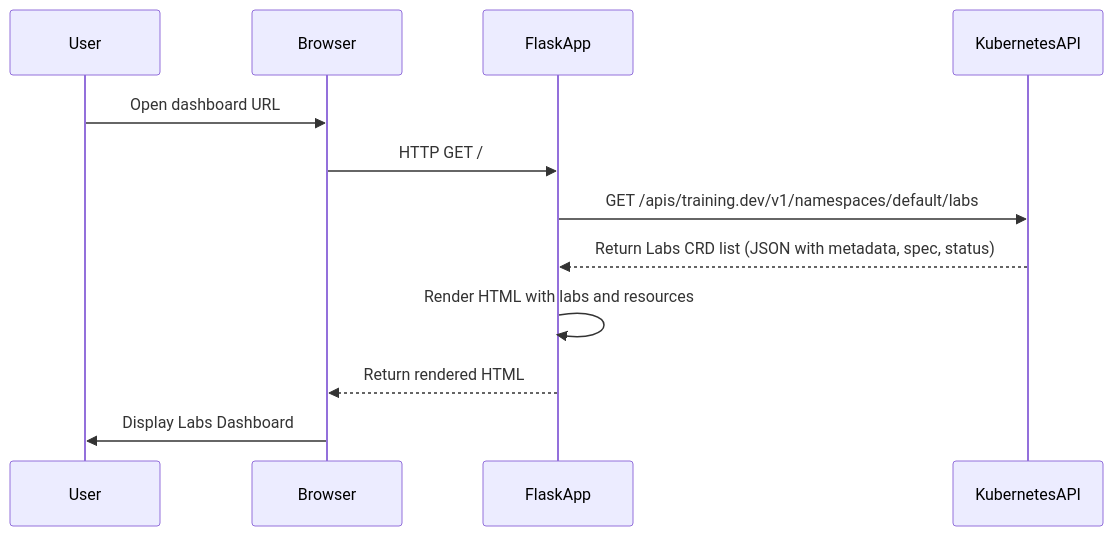
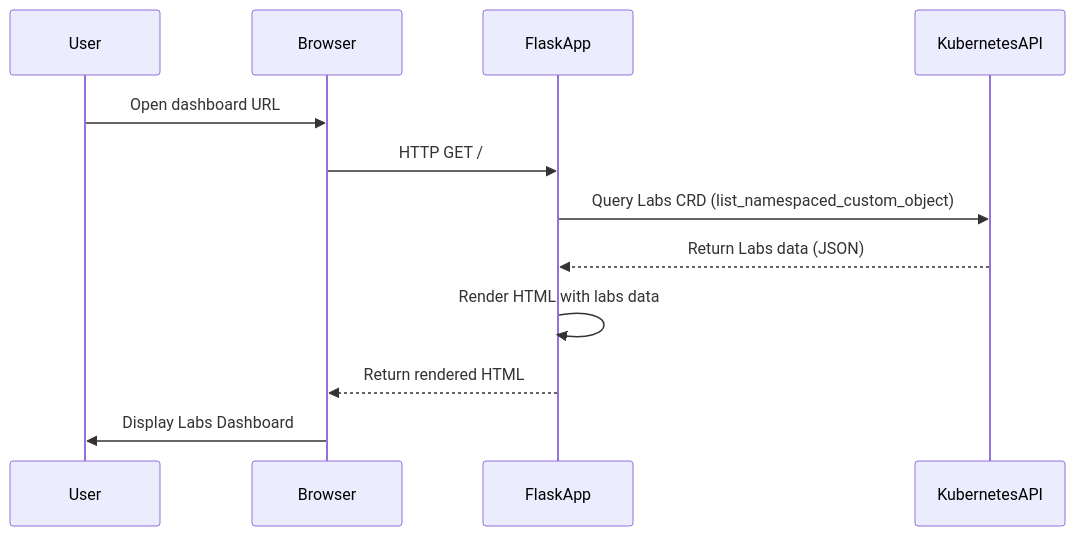
One commit to skvortsovden/kubernetes-labs-dashboard changed the diagram in README.md. Above: the diagram before and after it, drawn with Mermaid. The commit also changed other lines of this file, not shown here.

````diff
--- a/README.md
+++ b/README.md
@@ -7,15 +7,15 @@
 ```mermaid
 sequenceDiagram
     participant User
     participant Browser
     participant FlaskApp
     participant KubernetesAPI
 
     User->>Browser: Open dashboard URL
     Browser->>FlaskApp: HTTP GET /
-    FlaskApp->>KubernetesAPI: GET /apis/training.dev/v1/namespaces/default/labs
-    KubernetesAPI-->>FlaskApp: Return Labs CRD list (JSON with metadata, spec, status)
-    FlaskApp->>FlaskApp: Render HTML with labs and resources
+    FlaskApp->>KubernetesAPI: Query Labs CRD (list_namespaced_custom_object)
+    KubernetesAPI-->>FlaskApp: Return Labs data (JSON)
+    FlaskApp->>FlaskApp: Render HTML with labs data
     FlaskApp-->>Browser: Return rendered HTML
     Browser->>User: Display Labs Dashboard
 ```
````
